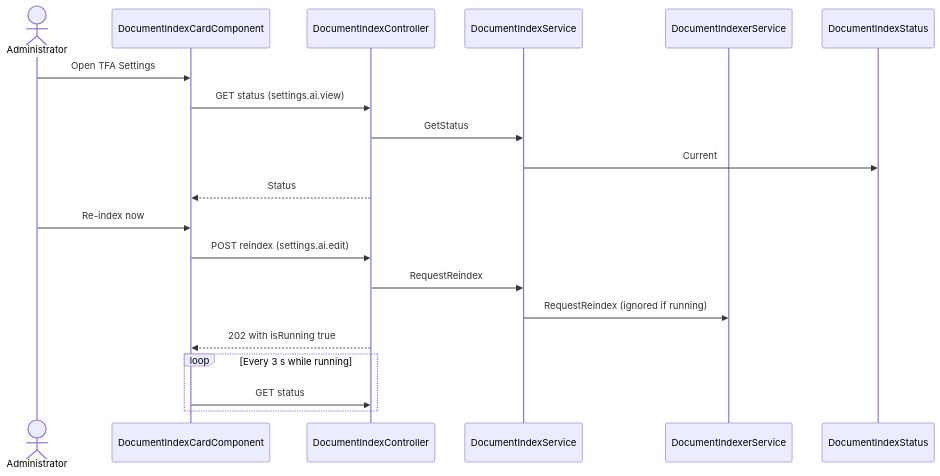
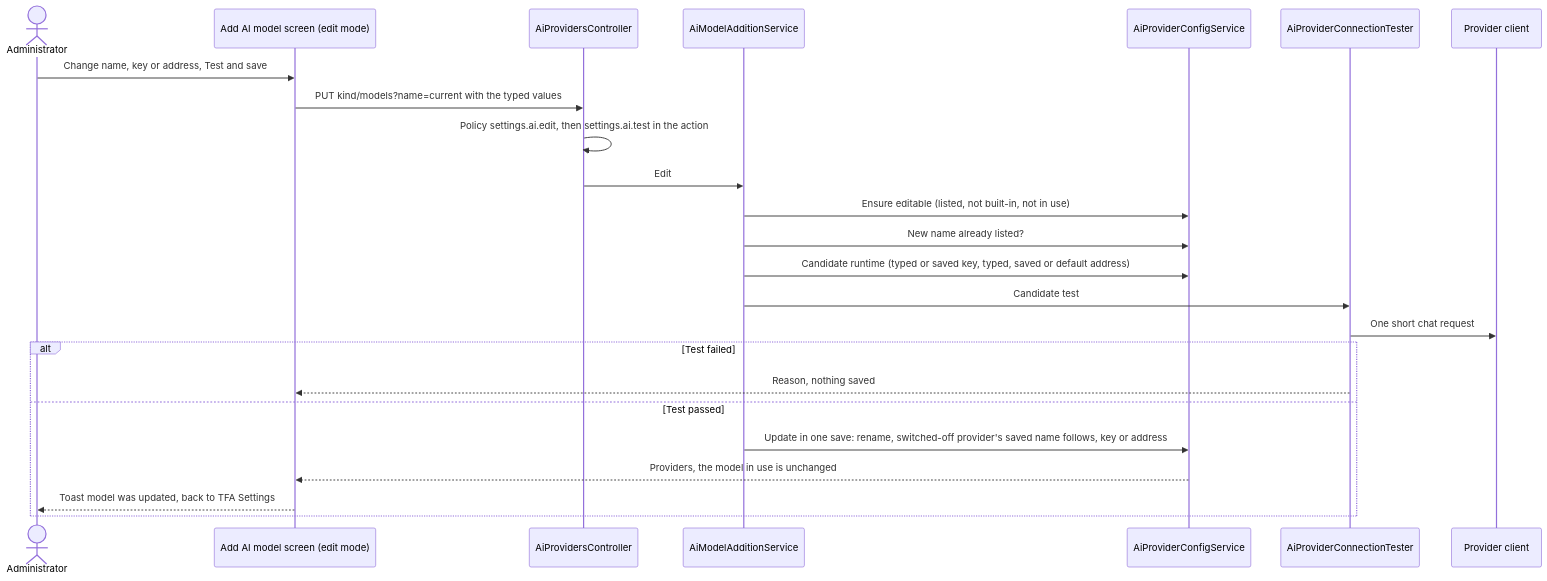
Before and after one commit to jojogeorge3344/TaskFlow-Project: the eighth of 8 diagrams in TF - Documents/TF - HLD/06-Settings/06.3-TFA-Settings/HLD-TFA-Settings.md, drawn with Mermaid. The commit also changed other lines of this file and 103 other files, not shown here.

First line of the commit message:
feat(tfa): add AI model page, model ID check, read-only model list and edit

````diff
--- a/TF - Documents/TF - HLD/06-Settings/06.3-TFA-Settings/HLD-TFA-Settings.md
+++ b/TF - Documents/TF - HLD/06-Settings/06.3-TFA-Settings/HLD-TFA-Settings.md
@@ -348,22 +412,26 @@
 ```mermaid
 sequenceDiagram
   actor A as Administrator
-  participant CARD as DocumentIndexCardComponent
-  participant API as DocumentIndexController
-  participant S as DocumentIndexService
-  participant I as DocumentIndexerService
-  participant ST as DocumentIndexStatus
-  A->>CARD: Open TFA Settings
-  CARD->>API: GET status (settings.ai.view)
-  API->>S: GetStatus
-  S->>ST: Current
-  API-->>CARD: Status
-  A->>CARD: Re-index now
-  CARD->>API: POST reindex (settings.ai.edit)
-  API->>S: RequestReindex
-  S->>I: RequestReindex (ignored if running)
-  API-->>CARD: 202 with isRunning true
-  loop Every 3 s while running
-    CARD->>API: GET status
+  participant ED as Add AI model screen (edit mode)
+  participant API as AiProvidersController
+  participant M as AiModelAdditionService
+  participant CFG as AiProviderConfigService
+  participant T as AiProviderConnectionTester
+  participant P as Provider client
+  A->>ED: Change name, key or address, Test and save
+  ED->>API: PUT kind/models?name=current with the typed values
+  API->>API: Policy settings.ai.edit, then settings.ai.test in the action
+  API->>M: Edit
+  M->>CFG: Ensure editable (listed, not built-in, not in use)
+  M->>CFG: New name already listed?
+  M->>CFG: Candidate runtime (typed or saved key, typed, saved or default address)
+  M->>T: Candidate test
+  T->>P: One short chat request
+  alt Test failed
+    T-->>ED: Reason, nothing saved
+  else Test passed
+    M->>CFG: Update in one save: rename, switched-off provider's saved name follows, key or address
+    CFG-->>ED: Providers, the model in use is unchanged
+    ED-->>A: Toast model was updated, back to TFA Settings
   end
 ```
````
